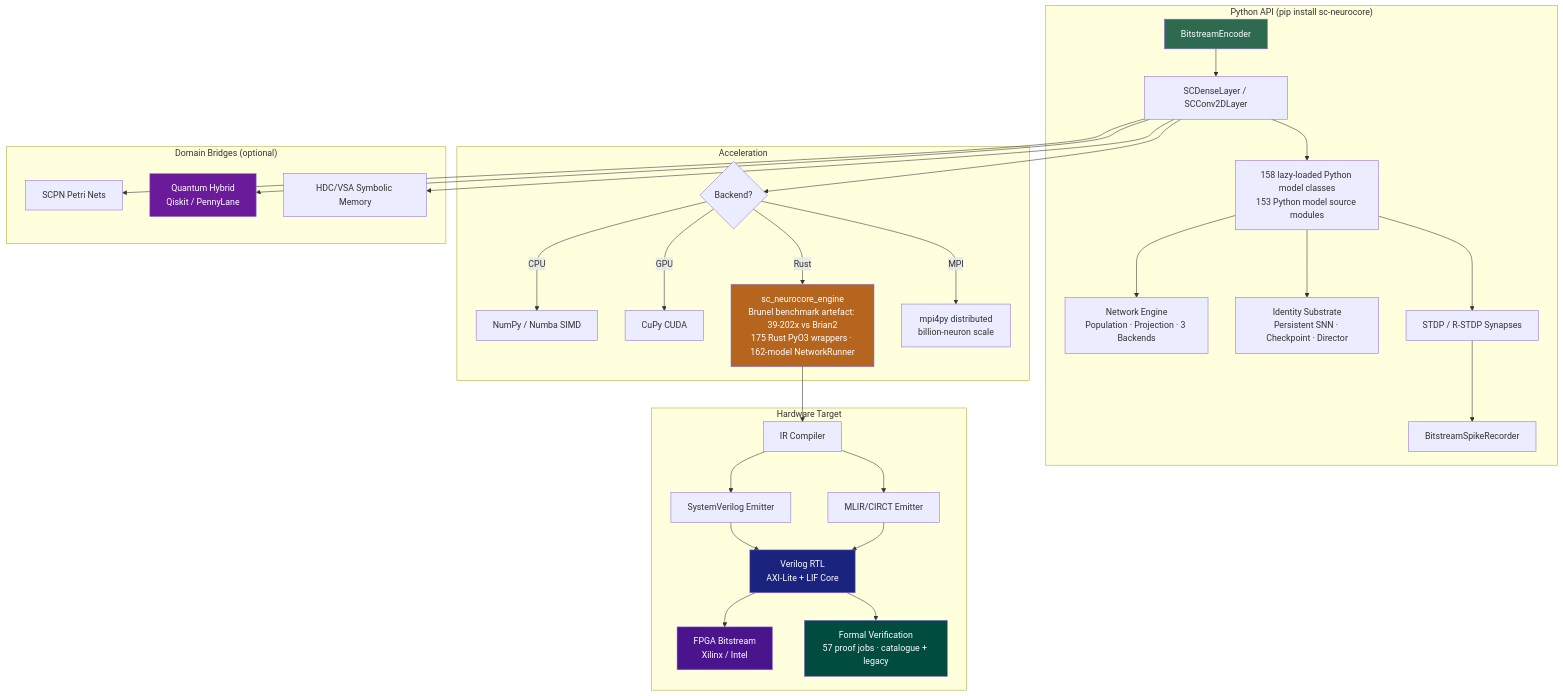
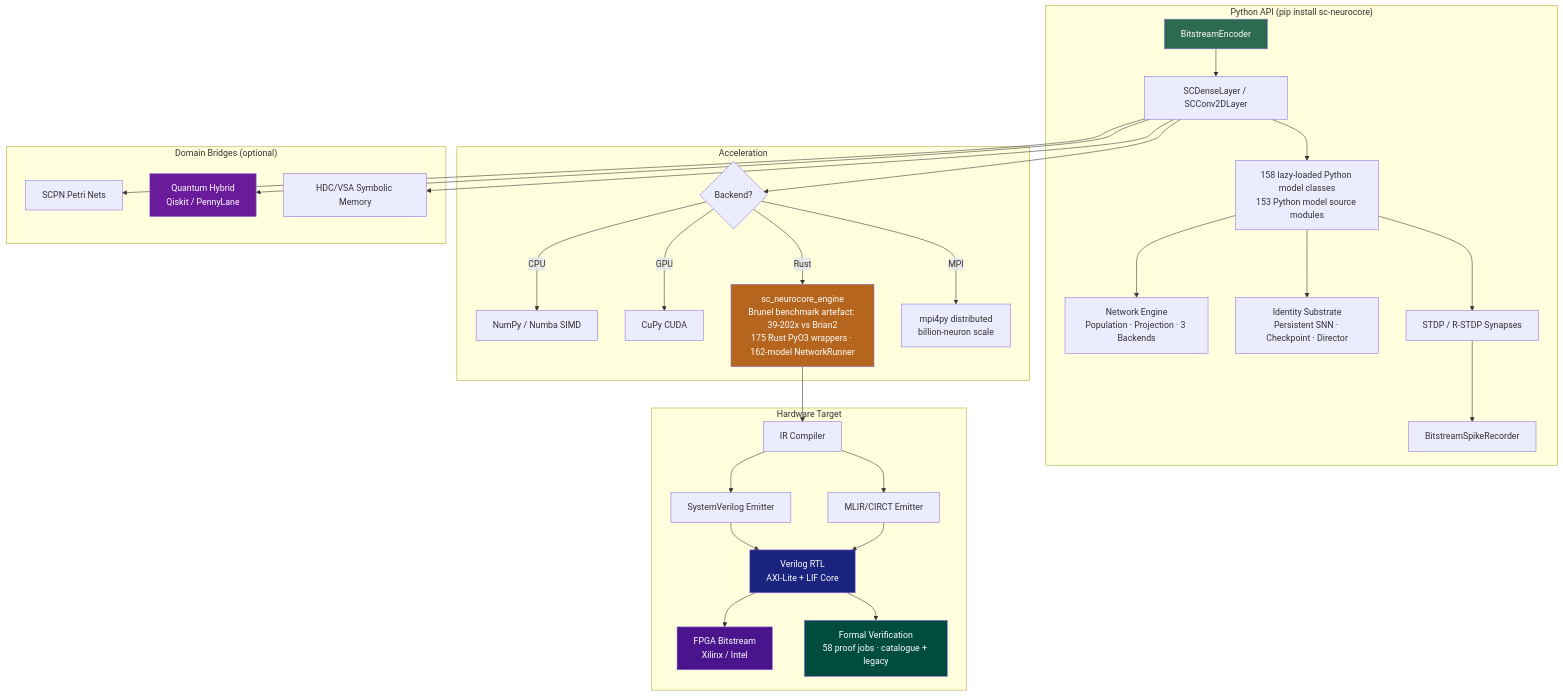
The diagram in README.md (anulum/sc-neurocore), drawn with Mermaid before and after one commit. The commit also changed other lines of this file and 67 other files, not shown here.

````diff
--- a/README.md
+++ b/README.md
@@ -365,42 +365,42 @@
 ```mermaid
 graph TD
     subgraph "Python API (pip install sc-neurocore)"
         A[BitstreamEncoder] --> B[SCDenseLayer / SCConv2DLayer]
         B --> C[158 lazy-loaded Python model classes<br/>153 Python model source modules]
         C --> NET[Network Engine<br/>Population · Projection · 3 Backends]
         C --> ID[Identity Substrate<br/>Persistent SNN · Checkpoint · Director]
         C --> D[STDP / R-STDP Synapses]
         D --> E[BitstreamSpikeRecorder]
     end
 
     subgraph "Acceleration"
         B --> F{Backend?}
         F -->|CPU| G[NumPy / Numba SIMD]
         F -->|GPU| H[CuPy CUDA]
         F -->|Rust| I[sc_neurocore_engine<br/>Brunel benchmark artefact: 39-202x vs Brian2<br/>175 Rust PyO3 wrappers · 162-model NetworkRunner]
         F -->|MPI| MPI[mpi4py distributed<br/>billion-neuron scale]
     end
 
     subgraph "Hardware Target"
         I --> J[IR Compiler]
         J --> K[SystemVerilog Emitter]
         J --> K2[MLIR/CIRCT Emitter]
         K --> L[Verilog RTL<br/>AXI-Lite + LIF Core]
         K2 --> L
         L --> M[FPGA Bitstream<br/>Xilinx / Intel]
-        L --> V[Formal Verification<br/>57 proof jobs · catalogue + legacy]
+        L --> V[Formal Verification<br/>58 proof jobs · catalogue + legacy]
     end
 
     subgraph "Domain Bridges (optional)"
         B --> N[SCPN Petri Nets]
         B --> O[Quantum Hybrid<br/>Qiskit / PennyLane]
         B --> P[HDC/VSA Symbolic Memory]
     end
 
     style A fill:#2d6a4f,color:#fff
     style I fill:#b5651d,color:#fff
     style L fill:#1a237e,color:#fff
     style M fill:#4a148c,color:#fff
     style O fill:#6a1b9a,color:#fff
     style V fill:#004d40,color:#fff
 ```
````
